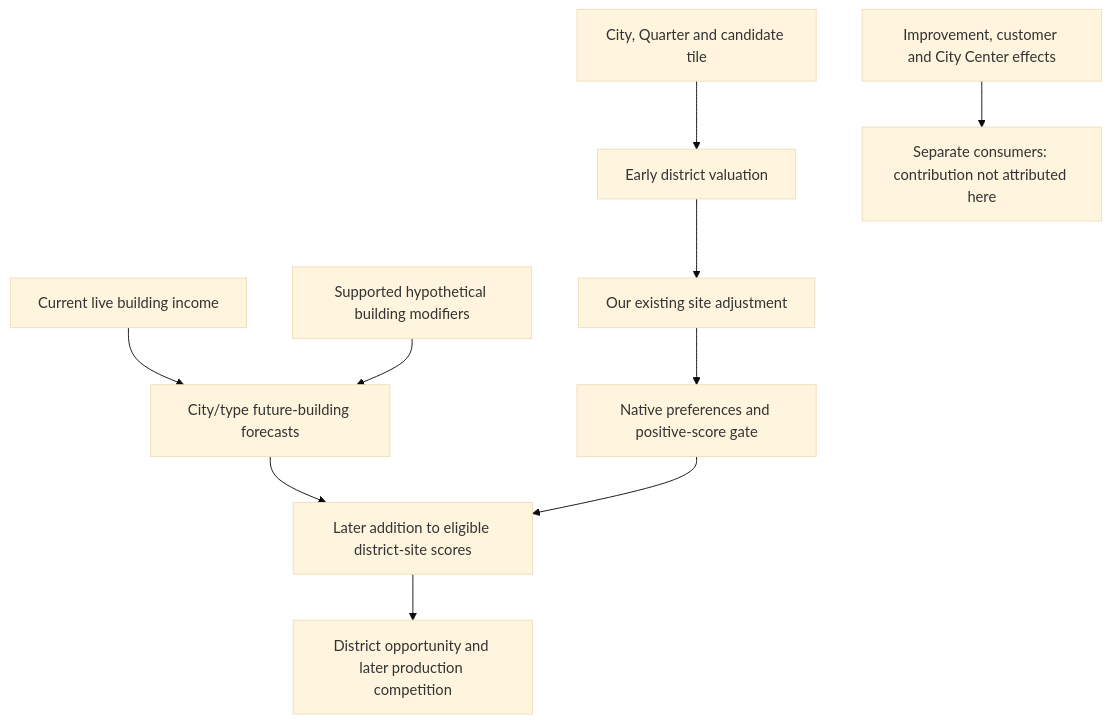
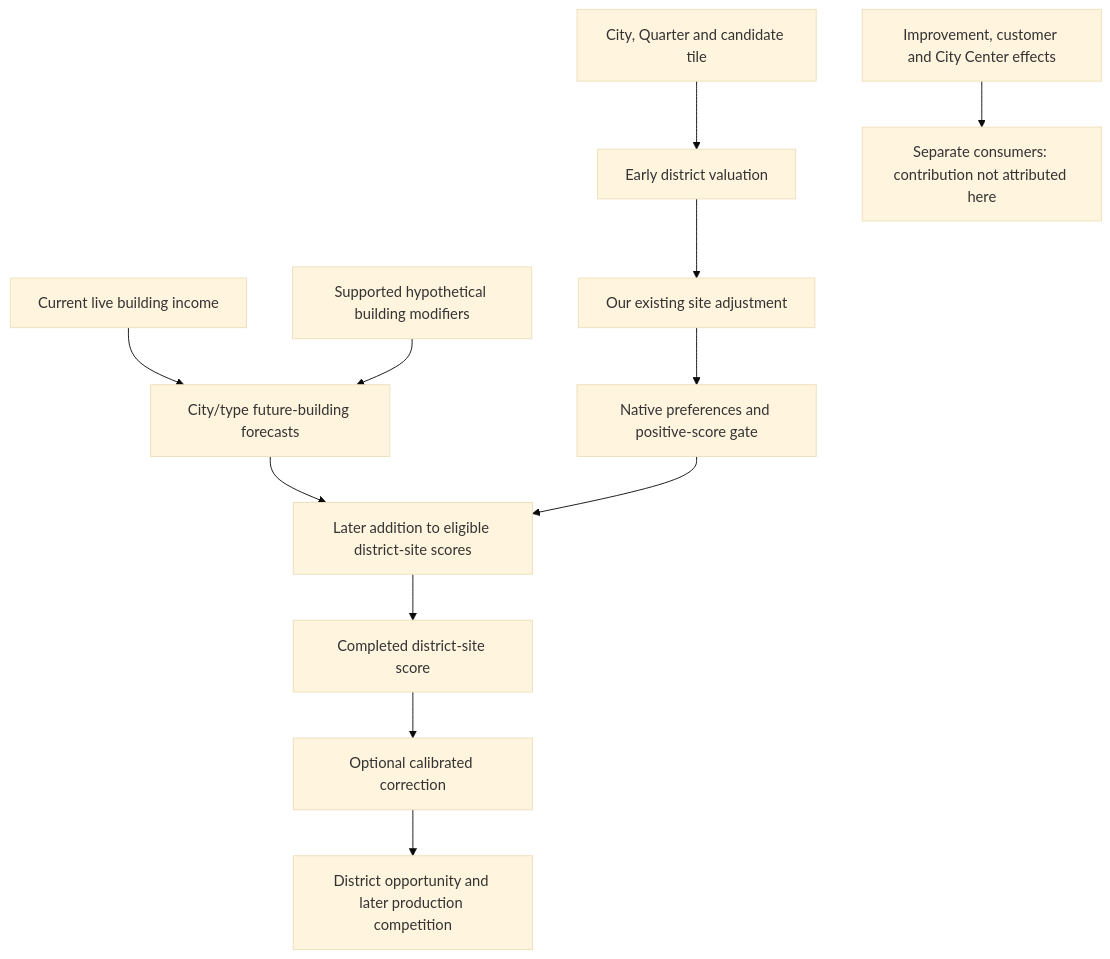
The diagram in project/docs/civ6-ai/topics/csc/forecast-coverage.md (hennogous/Henno-Mods), drawn with Mermaid (base theme) before and after one commit. The commit also changed other lines of this file and 35 other files, not shown here.

````diff
--- a/project/docs/civ6-ai/topics/csc/forecast-coverage.md
+++ b/project/docs/civ6-ai/topics/csc/forecast-coverage.md
@@ -17,12 +17,14 @@
 ```mermaid
 flowchart TD
   S["City, Quarter and candidate tile"] --> E["Early district valuation"]
   E --> H["Our existing site adjustment"]
   H --> G["Native preferences and positive-score gate"]
   B["City/type future-building forecasts"] --> A["Later addition to eligible district-site scores"]
   G --> A
   I["Current live building income"] --> B
   M["Supported hypothetical building modifiers"] --> B
   C["Improvement, customer and City Center effects"] --> X["Separate consumers: contribution not attributed here"]
-  A --> W["District opportunity and later production competition"]
+  A --> F["Completed district-site score"]
+  F --> L["Optional calibrated correction"]
+  L --> W["District opportunity and later production competition"]
 ```
````
